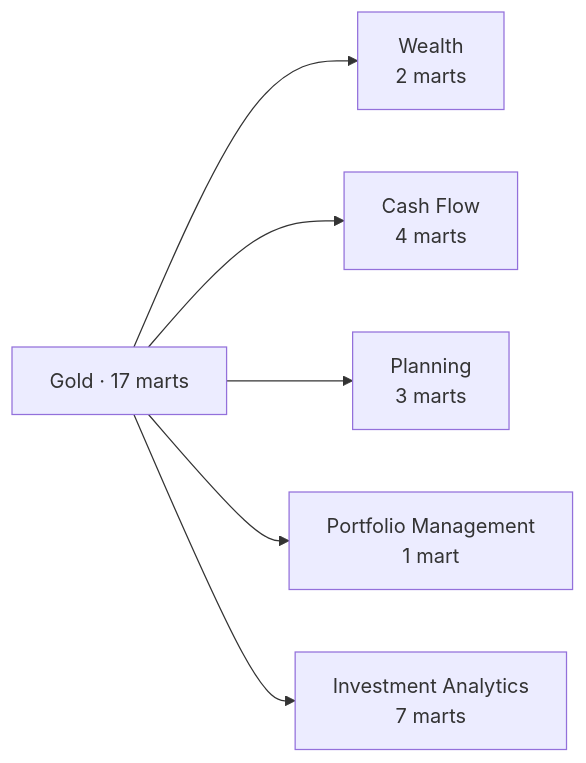
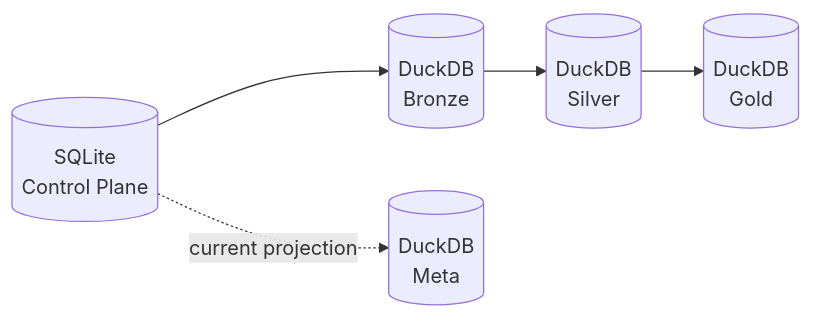
The first of 3 diagrams in docs/architecture/warehouse-architecture.md (tks18/personal-finance-etl), drawn with Mermaid before and after one commit. The commit also changed other lines of this file and 5 other files, not shown here.

Commit message:
docs: refactor architecture docs to reflect recent changes

````diff
--- a/docs/architecture/warehouse-architecture.md
+++ b/docs/architecture/warehouse-architecture.md
@@ -346,10 +40,7 @@
 ```mermaid
 flowchart LR
-    GOLD["Gold · 17 marts"]
-
-    GOLD --> W["Wealth<br/>2 marts"]
-    GOLD --> C["Cash Flow<br/>4 marts"]
-    GOLD --> P["Planning<br/>3 marts"]
-    GOLD --> PM["Portfolio Management<br/>1 mart"]
-    GOLD --> IA["Investment Analytics<br/>7 marts"]
+    CP[("SQLite<br/>Control Plane")] --> BR[("DuckDB<br/>Bronze")]
+    BR --> SIL[("DuckDB<br/>Silver")]
+    SIL --> GOLD[("DuckDB<br/>Gold")]
+    CP -. current projection .-> META[("DuckDB<br/>Meta")]
 ```
````
